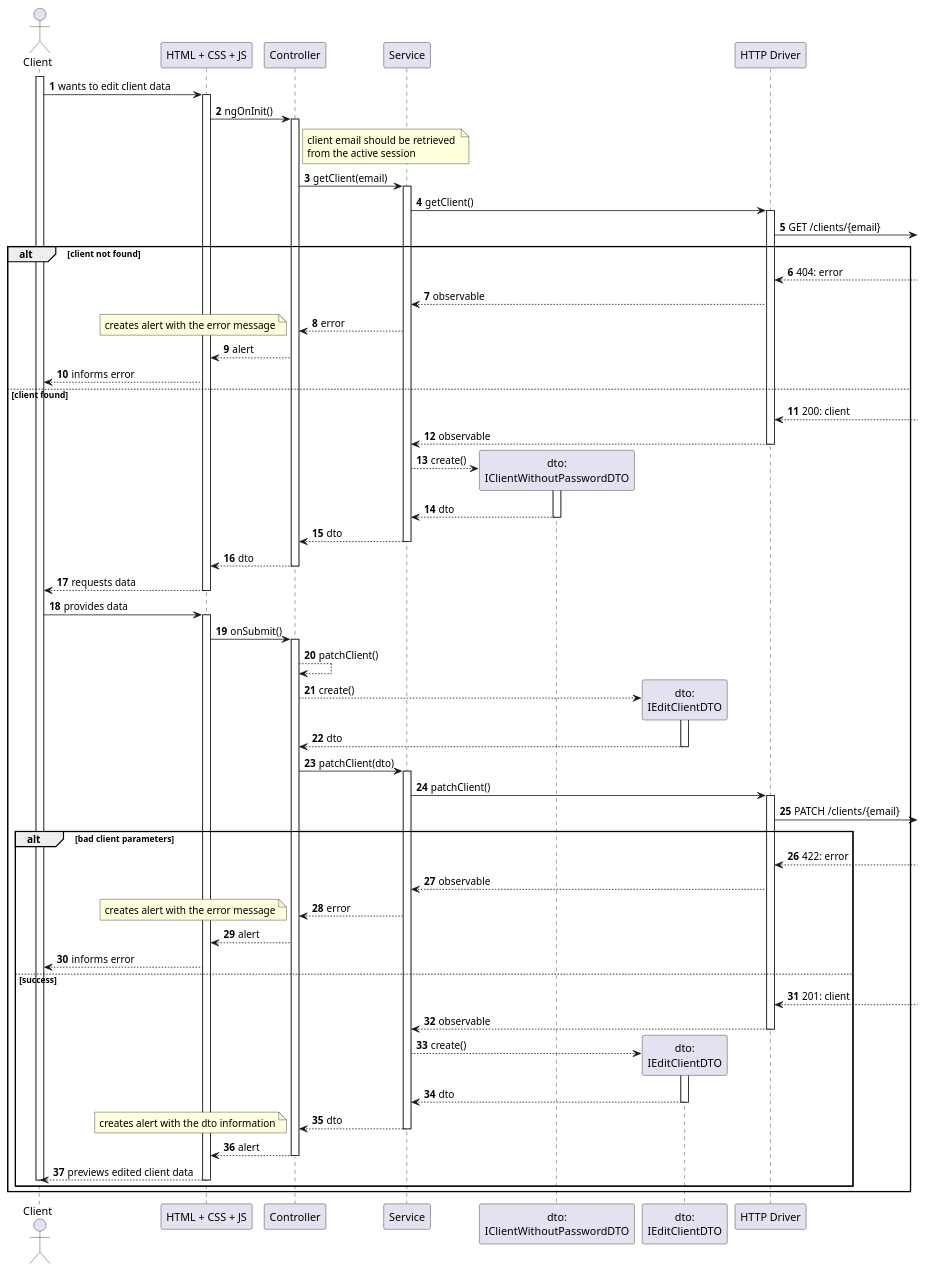
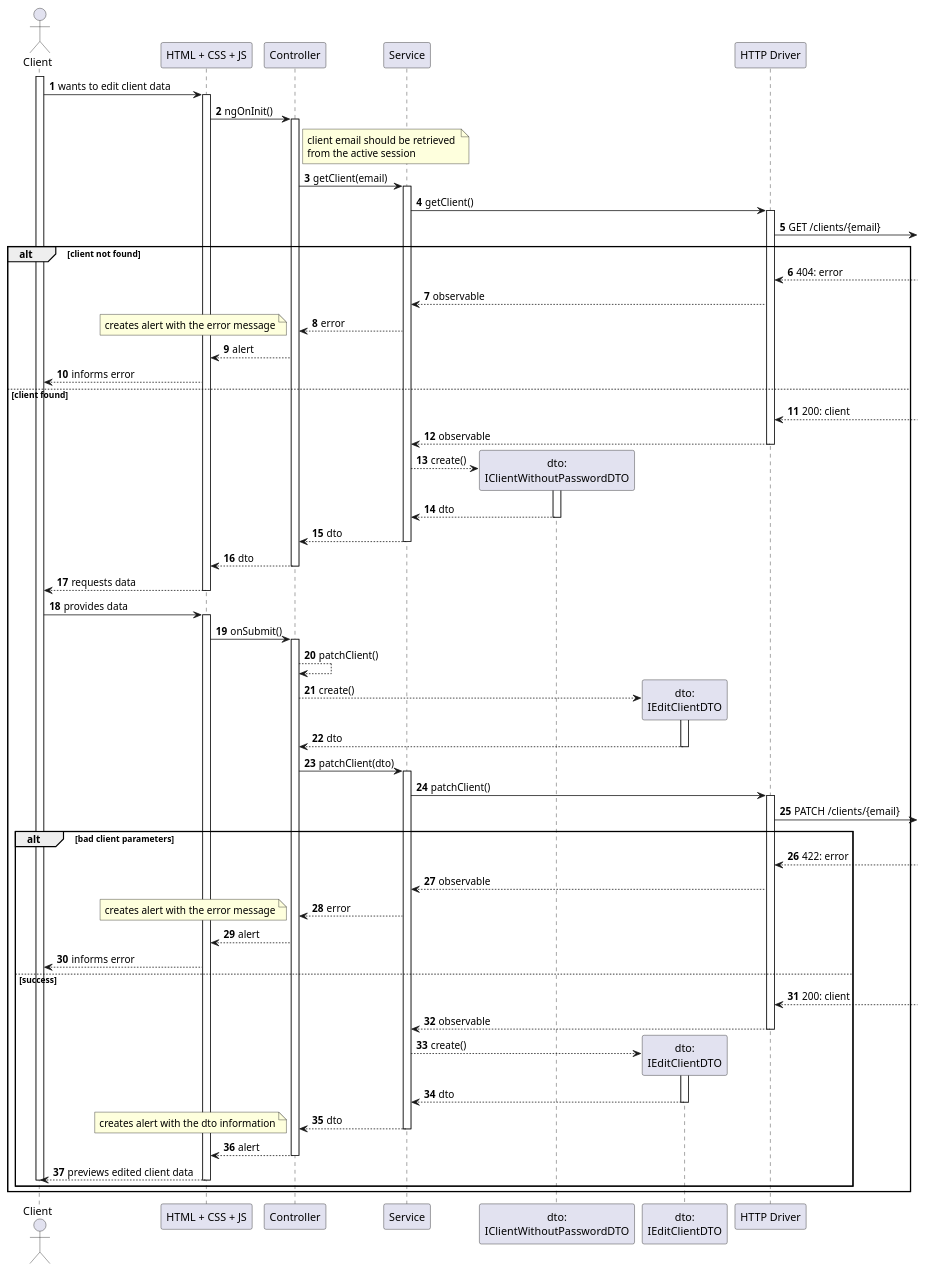
Before and after one commit to Departamento-de-Engenharia-Informatica/lapr5-23-24-g19: the diagram in docs/us100/level3/process-view-spa.puml, drawn with PlantUML. The commit also changed 5 other files, not shown here.

```diff
--- a/docs/us100/level3/process-view-spa.puml
+++ b/docs/us100/level3/process-view-spa.puml
@@ -1,91 +1,91 @@
 @startuml
 autonumber
 
 actor "Client" as usr
 
 participant "HTML + CSS + JS" as view
 participant "Controller" as ctrl
 
 participant "Service" as svc
 
 participant "dto:\nIClientWithoutPasswordDTO" as cp_dto
 participant "dto:\nIEditClientDTO" as ec_dto
 
 participant "HTTP Driver" as http
 
 activate usr
     usr -> view : wants to edit client data
     activate view
         view -> ctrl : ngOnInit()
         activate ctrl
         note right of ctrl : client email should be retrieved \nfrom the active session
             ctrl -> svc : getClient(email)
             activate svc
                 svc -> http : getClient()
                 activate http
                     http ->] : GET /clients/{email}
 alt client not found
                     http <--] : 404: error
                     http --> svc : observable
                     svc --> ctrl : error
                     note left : creates alert with the error message
                     ctrl --> view : alert
                     view --> usr : informs error
 else client found
                     http <--] : 200: client
                     http --> svc : observable
                 deactivate http
                 svc --> cp_dto** : create()
                 activate cp_dto
                     cp_dto --> svc : dto
                 deactivate cp_dto
                 svc --> ctrl : dto
             deactivate svc
             ctrl --> view : dto
         deactivate ctrl
         view --> usr : requests data
     deactivate view
 
     usr -> view : provides data
     activate view
         view -> ctrl : onSubmit()
         activate ctrl
             ctrl --> ctrl : patchClient()
             ctrl --> ec_dto** : create()
             activate ec_dto
             ec_dto --> ctrl : dto
             deactivate ec_dto
 
             ctrl -> svc : patchClient(dto)
             activate svc
                 svc -> http : patchClient()
                 activate http
                     http ->] : PATCH /clients/{email}
 alt bad client parameters
                     http <--] : 422: error
                     http --> svc : observable
                     svc --> ctrl : error
                     note left : creates alert with the error message
                     ctrl --> view : alert
                     view --> usr : informs error
 else success
-                    http <--] : 201: client
+                    http <--] : 200: client
                     http --> svc : observable
                 deactivate http
 
                 svc --> ec_dto** : create()
                 activate ec_dto
                     ec_dto --> svc : dto
                 deactivate ec_dto
 
                 svc --> ctrl : dto
             deactivate svc
             note left : creates alert with the dto information
             ctrl --> view : alert
         deactivate ctrl
         view --> usr : previews edited client data
     deactivate view
 deactivate usr
 end
 end
 @enduml
```
